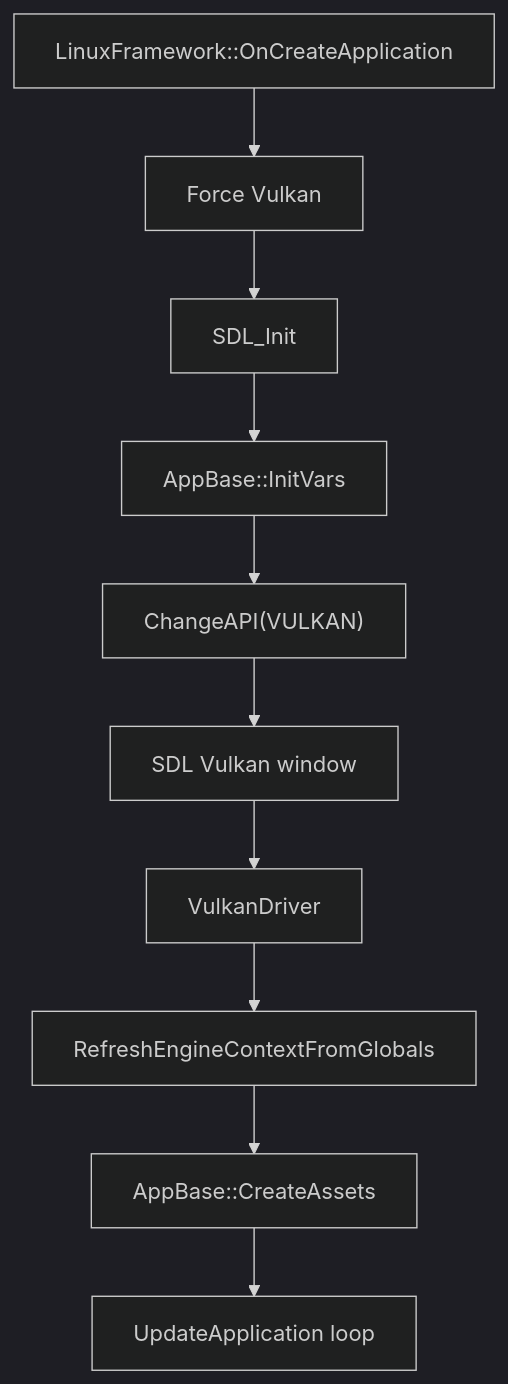
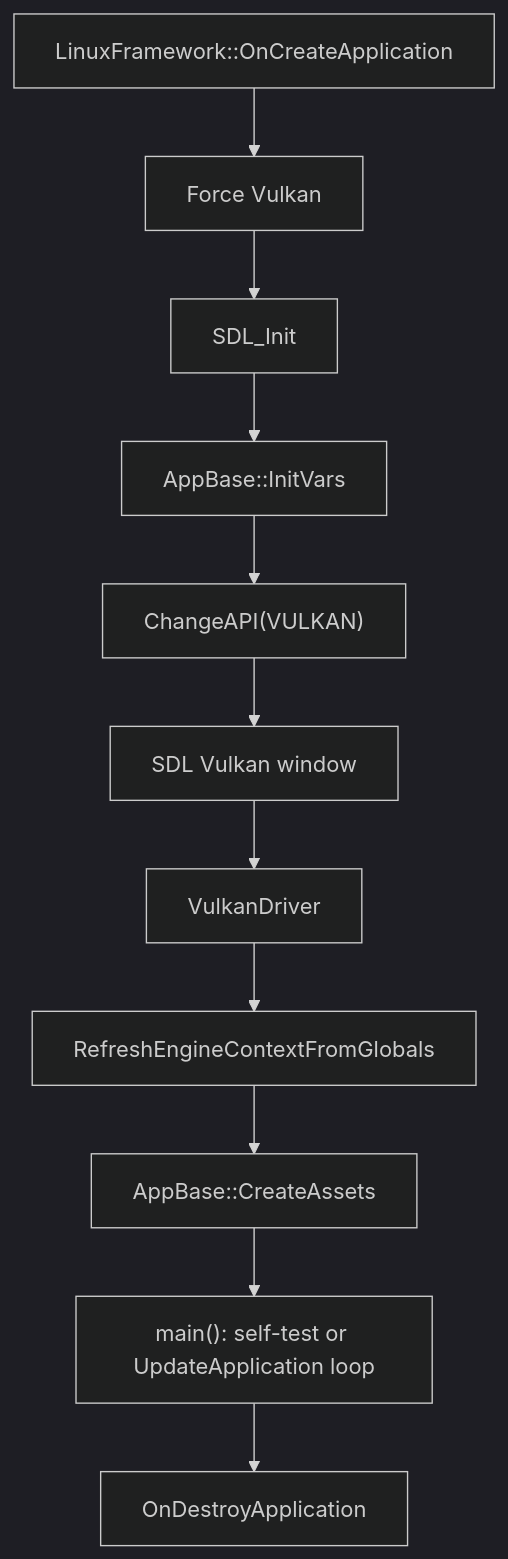
The sixth of 11 diagrams in documentation/architecture/platform-event-loop.md (0Camus0/T850), drawn with Mermaid (dark theme) before and after one commit. The commit also changed other lines of this file and 4 other files, not shown here.

````diff
--- a/documentation/architecture/platform-event-loop.md
+++ b/documentation/architecture/platform-event-loop.md
@@ -174,12 +178,13 @@
 ```mermaid
 flowchart TD
   Create["LinuxFramework::OnCreateApplication"] --> ForceVK["Force Vulkan"]
   ForceVK --> SDL["SDL_Init"]
   SDL --> AppVars["AppBase::InitVars"]
   AppVars --> ChangeAPI["ChangeAPI(VULKAN)"]
   ChangeAPI --> Window["SDL Vulkan window"]
   Window --> Driver["VulkanDriver"]
   Driver --> Context["RefreshEngineContextFromGlobals"]
   Context --> Assets["AppBase::CreateAssets"]
-  Assets --> Loop["UpdateApplication loop"]
+  Assets --> Main["main(): self-test or UpdateApplication loop"]
+  Main --> Destroy["OnDestroyApplication"]
 ```
````
